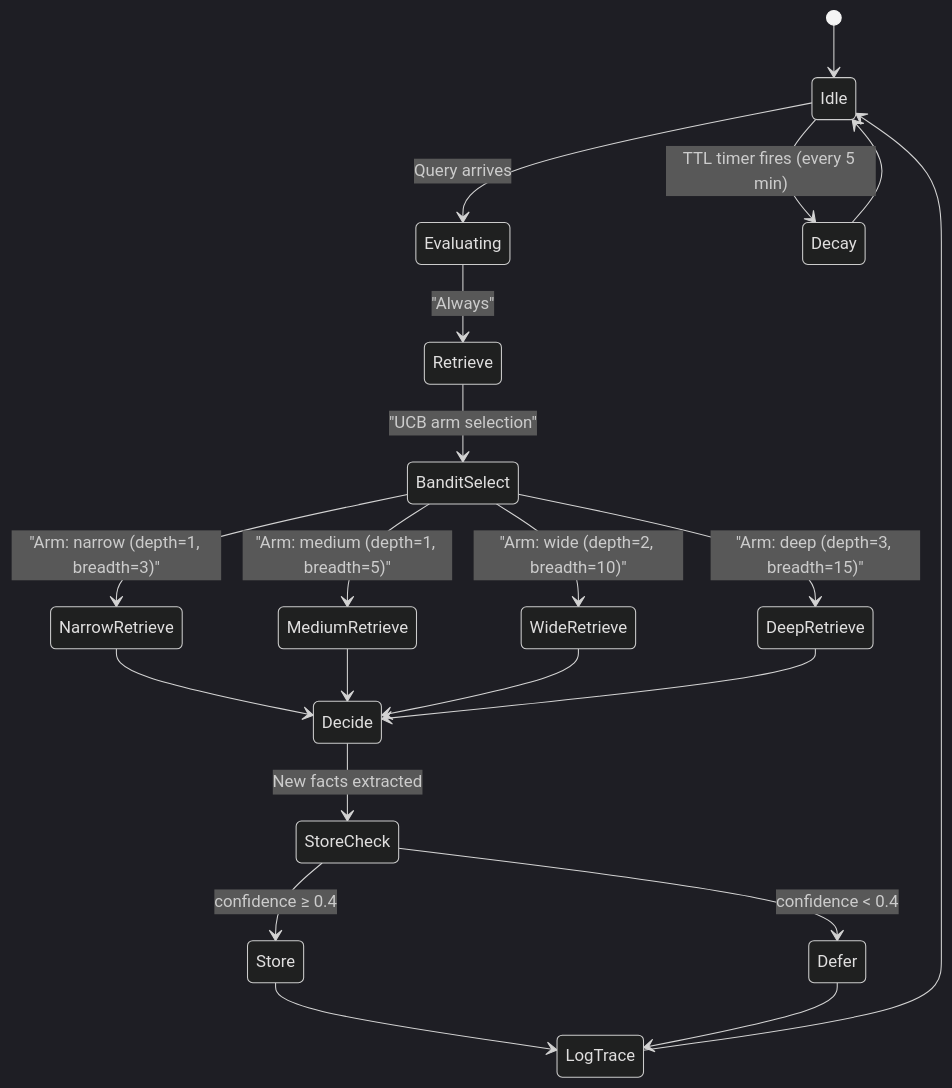
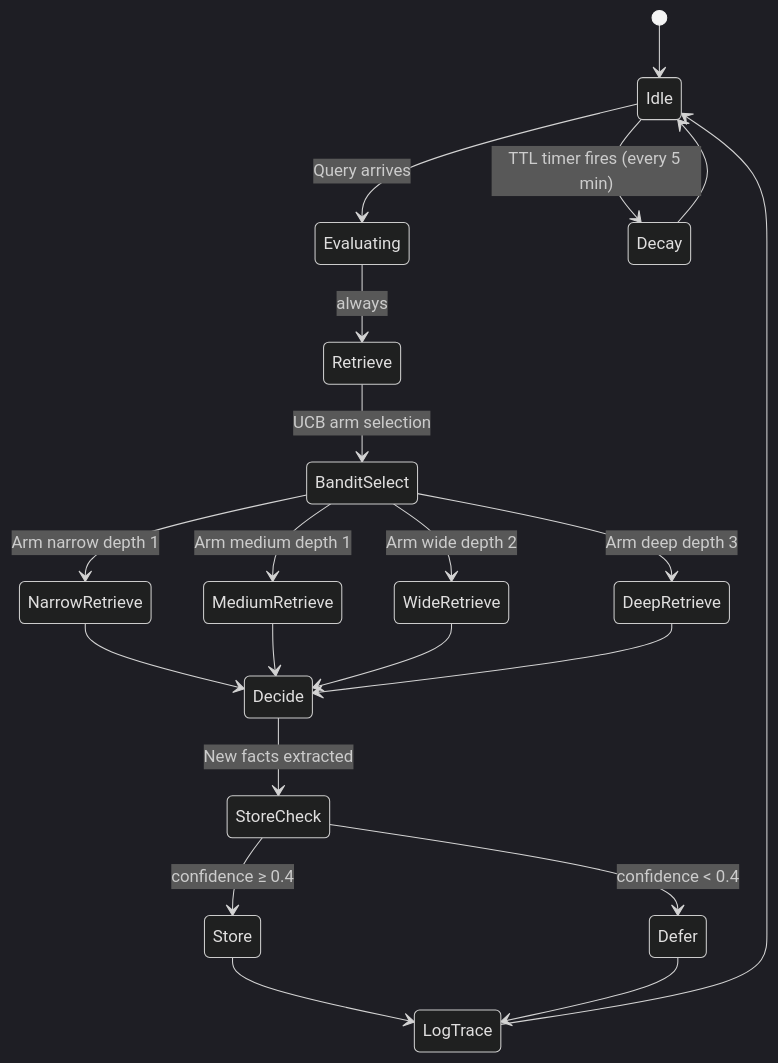
The fourth of 6 diagrams in README.md (aadi2vec/tracemind), drawn with Mermaid (dark theme) before and after one commit.

Commit message:
Docs: simplify Mermaid stateDiagram labels to fix GitHub parse error

````diff
--- a/README.md
+++ b/README.md
@@ -162,29 +162,29 @@
 ```mermaid
 stateDiagram-v2
     [*] --> Idle
 
     Idle --> Evaluating : Query arrives
 
-    Evaluating --> Retrieve : "Always"
-    Retrieve --> BanditSelect : "UCB arm selection"
-    BanditSelect --> NarrowRetrieve : "Arm: narrow (depth=1, breadth=3)"
-    BanditSelect --> MediumRetrieve : "Arm: medium (depth=1, breadth=5)"
-    BanditSelect --> WideRetrieve   : "Arm: wide (depth=2, breadth=10)"
-    BanditSelect --> DeepRetrieve   : "Arm: deep (depth=3, breadth=15)"
+    Evaluating --> Retrieve : always
+    Retrieve --> BanditSelect : UCB arm selection
+    BanditSelect --> NarrowRetrieve : Arm narrow depth 1
+    BanditSelect --> MediumRetrieve : Arm medium depth 1
+    BanditSelect --> WideRetrieve   : Arm wide depth 2
+    BanditSelect --> DeepRetrieve   : Arm deep depth 3
 
     NarrowRetrieve --> Decide
     MediumRetrieve --> Decide
     WideRetrieve   --> Decide
     DeepRetrieve   --> Decide
 
     Decide --> StoreCheck : New facts extracted
     StoreCheck --> Store  : confidence ≥ 0.4
     StoreCheck --> Defer  : confidence < 0.4
 
     Store  --> LogTrace
     Defer  --> LogTrace
     LogTrace --> Idle
 
     Idle --> Decay : TTL timer fires (every 5 min)
     Decay --> Idle
 ```
````
